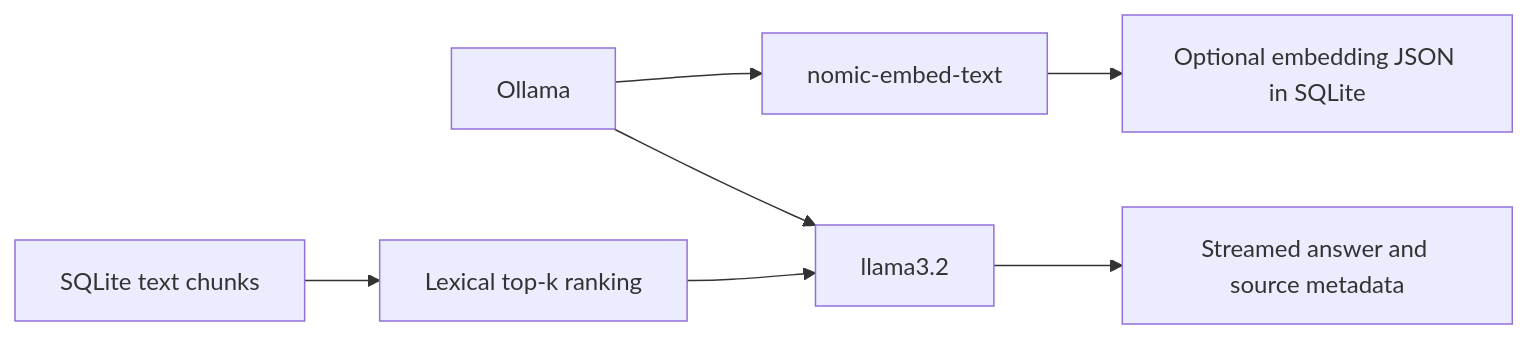
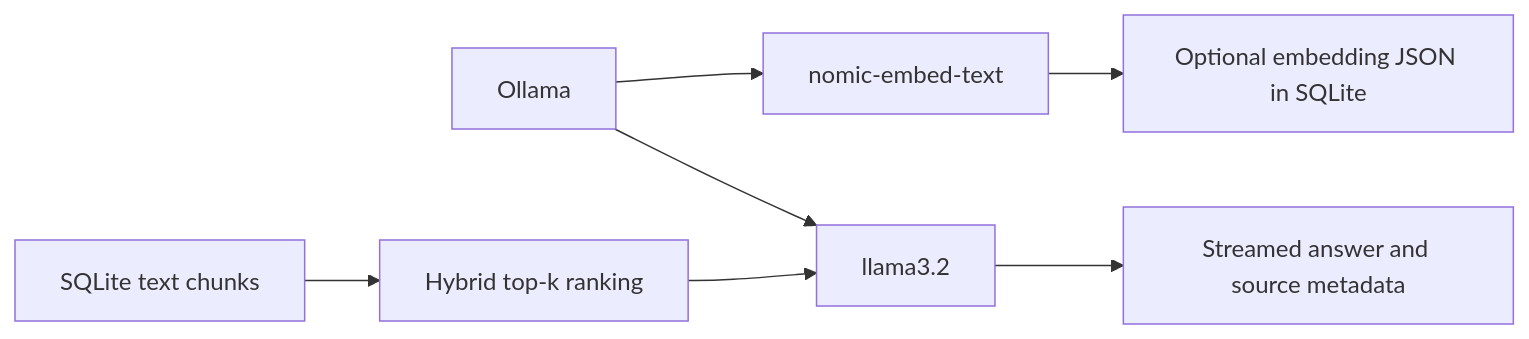
Before and after one commit to veer-bajpai/FRIDAY-Local-First-AI-Developer-and-Knowledge-Assistant: the second of 3 diagrams in README.md, drawn with Mermaid. The commit also changed other lines of this file and 98 other files, not shown here.

````diff
--- a/README.md
+++ b/README.md
@@ -390,9 +394,9 @@
 ```mermaid
 flowchart LR
    Ollama --> Embed[nomic-embed-text]
    Ollama --> Generate[llama3.2]
    Embed --> Stored[Optional embedding JSON in SQLite]
-   Chunks[SQLite text chunks] --> Rank[Lexical top-k ranking]
+   Chunks[SQLite text chunks] --> Rank[Hybrid top-k ranking]
    Rank --> Generate
    Generate --> Answer[Streamed answer and source metadata]
 ```
````
